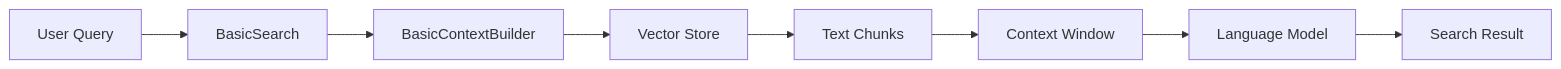
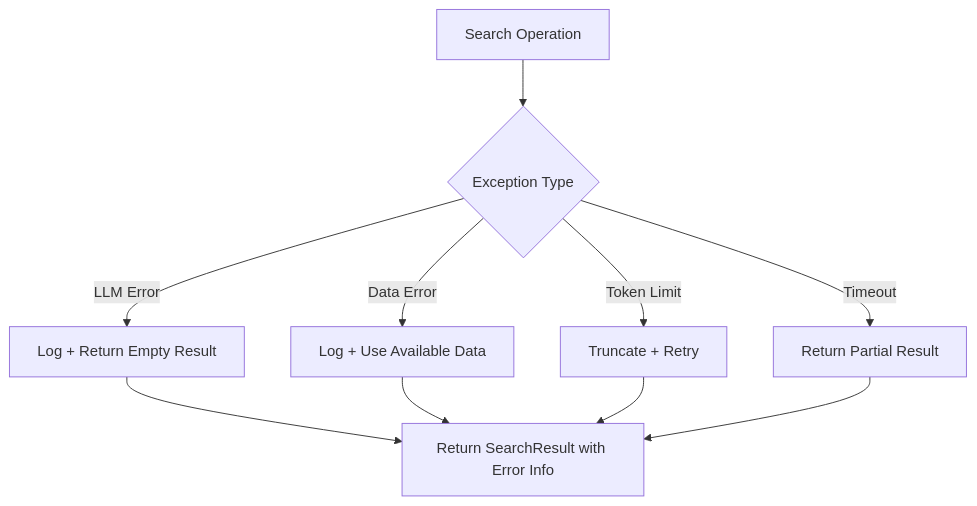
The eighth of 8 diagrams in docs/microsoft--graphrag-docs/structured_search.md (FSoft-AI4Code/codewiki-demo), drawn with Mermaid before and after one commit. The commit also changed other lines of this file and 1103 other files, not shown here.

````diff
--- a/docs/microsoft--graphrag-docs/structured_search.md
+++ b/docs/microsoft--graphrag-docs/structured_search.md
@@ -160,10 +309,13 @@
 ```mermaid
-graph LR
-    Query[User Query] --> BS[BasicSearch]
-    BS --> BCB[BasicContextBuilder]
-    BCB --> VectorStore[Vector Store]
-    VectorStore --> TextChunks[Text Chunks]
-    TextChunks --> Context[Context Window]
-    Context --> LLM[Language Model]
-    LLM --> Response[Search Result]
+flowchart TD
+    Try[Search Operation] --> Catch{Exception Type}
+    Catch -->|LLM Error| LLMHandler[Log + Return Empty Result]
+    Catch -->|Data Error| DataHandler[Log + Use Available Data]
+    Catch -->|Token Limit| TokenHandler[Truncate + Retry]
+    Catch -->|Timeout| TimeoutHandler[Return Partial Result]
+    
+    LLMHandler --> Return[Return SearchResult with Error Info]
+    DataHandler --> Return
+    TokenHandler --> Return
+    TimeoutHandler --> Return
 ```
````
